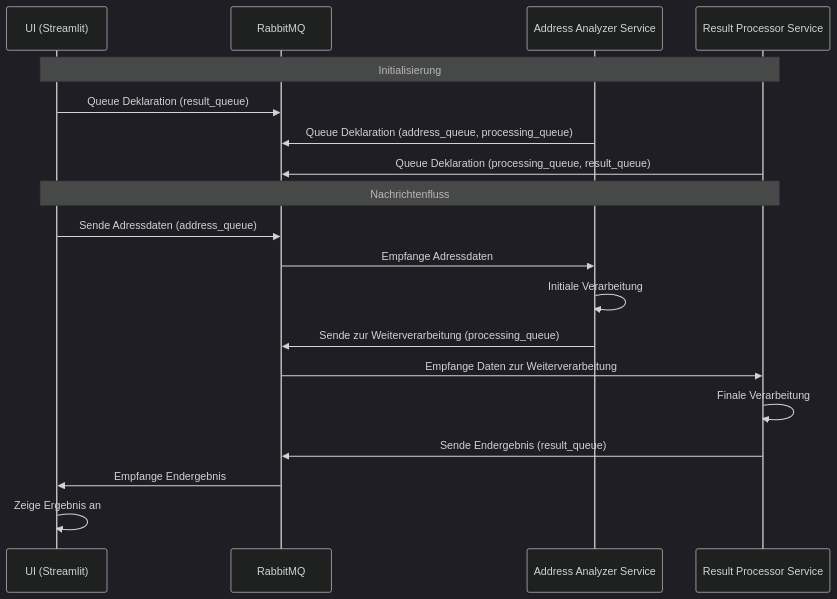
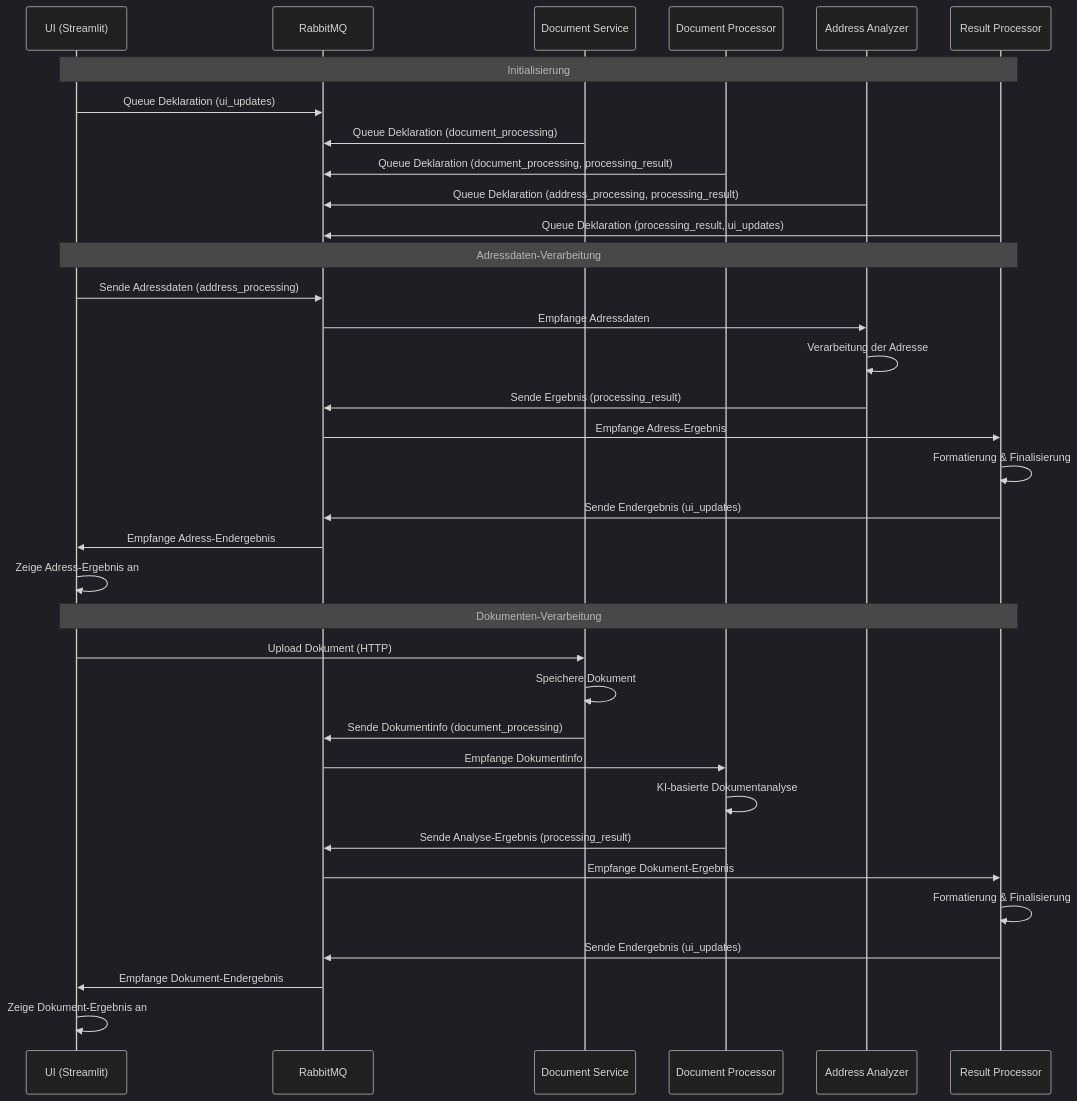
The diagram in doc/images/sequence-diagram.mermaid (dsenften/BiscuITs), drawn with Mermaid (dark theme) before and after one commit. The commit also changed 2 other files, not shown here.

Commit message:
docs: Aktualisiere Projektdokumentation und Diagramme
- Aktualisiere Abstract und erweitere Projektbeschreibung
- Überarbeite Komponenten- und Sequenzdiagramme für die neuen Services
- Ergänze Dokumentation für Document Service und Document Processor Service
- Aktualisiere Beschreibungen für alle Services mit korrekten Queue-Namen
- Füge KI-Integration mit Docling als neuen Abschnitt hinzu
- Erweitere Deployment-Beschreibung mit Entwicklungsumgebung

🤖 Generated with Claude Code

```diff
--- a/doc/images/sequence-diagram.mermaid
+++ b/doc/images/sequence-diagram.mermaid
@@ -1,24 +1,38 @@
 sequenceDiagram
     participant U as UI (Streamlit)
     participant R as RabbitMQ
-    participant M1 as Address Analyzer Service
-    participant M2 as Result Processor Service
+    participant DS as Document Service
+    participant DPS as Document Processor
+    participant AAS as Address Analyzer
+    participant RPS as Result Processor
 
-    Note over U,M2: Initialisierung
-    U->>R: Queue Deklaration (result_queue)
-    M1->>R: Queue Deklaration (address_queue, processing_queue)
-    M2->>R: Queue Deklaration (processing_queue, result_queue)
+    Note over U,RPS: Initialisierung
+    U->>R: Queue Deklaration (ui_updates)
+    DS->>R: Queue Deklaration (document_processing)
+    DPS->>R: Queue Deklaration (document_processing, processing_result)
+    AAS->>R: Queue Deklaration (address_processing, processing_result)
+    RPS->>R: Queue Deklaration (processing_result, ui_updates)
 
-    Note over U,M2: Nachrichtenfluss
-    U->>R: Sende Adressdaten (address_queue)
-    R->>M1: Empfange Adressdaten
+    Note over U,RPS: Adressdaten-Verarbeitung
+    U->>R: Sende Adressdaten (address_processing)
+    R->>AAS: Empfange Adressdaten
+    AAS->>AAS: Verarbeitung der Adresse
+    AAS->>R: Sende Ergebnis (processing_result)
+    R->>RPS: Empfange Adress-Ergebnis
+    RPS->>RPS: Formatierung & Finalisierung
+    RPS->>R: Sende Endergebnis (ui_updates)
+    R->>U: Empfange Adress-Endergebnis
+    U->>U: Zeige Adress-Ergebnis an
 
-    M1->>M1: Initiale Verarbeitung
-    M1->>R: Sende zur Weiterverarbeitung (processing_queue)
-
-    R->>M2: Empfange Daten zur Weiterverarbeitung
-    M2->>M2: Finale Verarbeitung
-    M2->>R: Sende Endergebnis (result_queue)
-
-    R->>U: Empfange Endergebnis
-    U->>U: Zeige Ergebnis an
+    Note over U,RPS: Dokumenten-Verarbeitung
+    U->>DS: Upload Dokument (HTTP)
+    DS->>DS: Speichere Dokument
+    DS->>R: Sende Dokumentinfo (document_processing)
+    R->>DPS: Empfange Dokumentinfo
+    DPS->>DPS: KI-basierte Dokumentanalyse
+    DPS->>R: Sende Analyse-Ergebnis (processing_result)
+    R->>RPS: Empfange Dokument-Ergebnis 
+    RPS->>RPS: Formatierung & Finalisierung
+    RPS->>R: Sende Endergebnis (ui_updates)
+    R->>U: Empfange Dokument-Endergebnis
+    U->>U: Zeige Dokument-Ergebnis an
```
